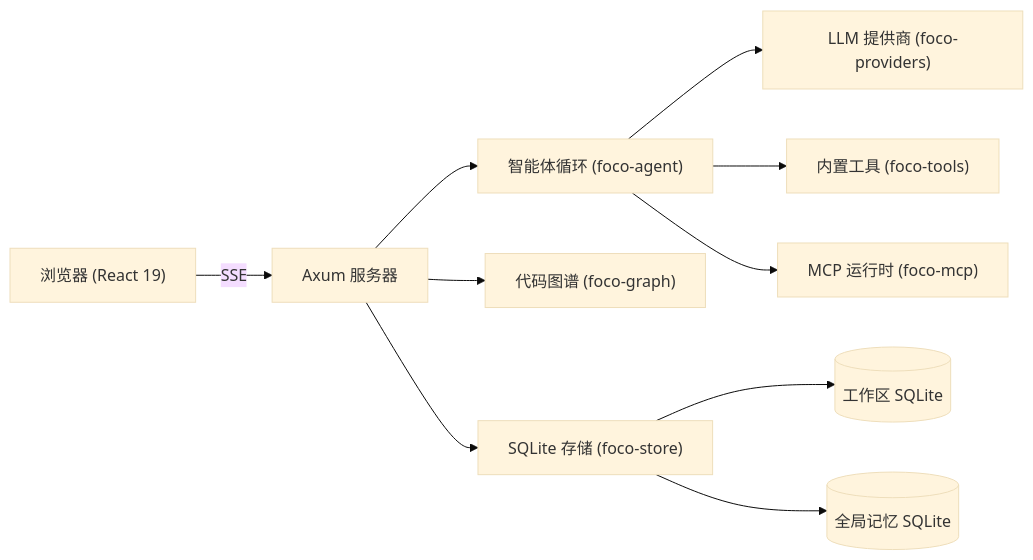
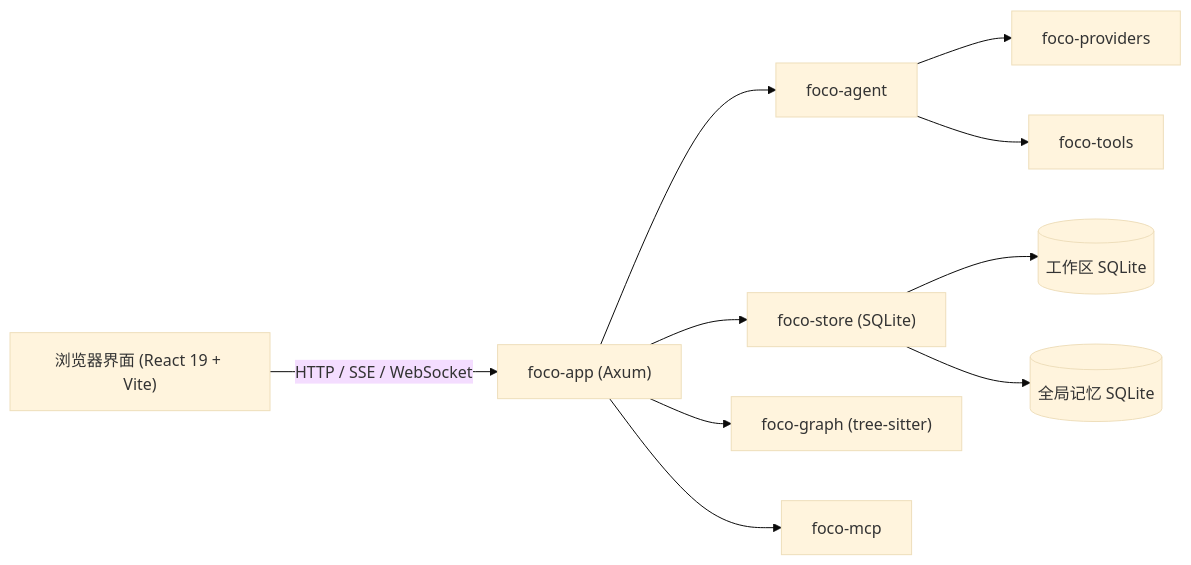
The diagram in README.zh-CN.md (fonlan/foco), drawn with Mermaid (base theme) before and after one commit. The commit also changed other lines of this file and 1 other file, not shown here.

````diff
--- a/README.zh-CN.md
+++ b/README.zh-CN.md
@@ -40,12 +37,12 @@
 ```mermaid
 graph LR
-    Browser["浏览器 (React 19)"] -->|SSE| Backend["Axum 服务器"]
-    Backend --> Agent["智能体循环 (foco-agent)"]
-    Agent --> Providers["LLM 提供商 (foco-providers)"]
-    Agent --> Tools["内置工具 (foco-tools)"]
-    Agent --> MCP["MCP 运行时 (foco-mcp)"]
-    Backend --> Graph["代码图谱 (foco-graph)"]
-    Backend --> Store["SQLite 存储 (foco-store)"]
-    Store --> SQLite[("工作区 SQLite")]
-    Store --> MemDB[("全局记忆 SQLite")]
+    Browser["浏览器界面 (React 19 + Vite)"] -->|HTTP / SSE / WebSocket| App["foco-app (Axum)"]
+    App --> Agent["foco-agent"]
+    App --> Store["foco-store (SQLite)"]
+    App --> Graph["foco-graph (tree-sitter)"]
+    App --> MCP["foco-mcp"]
+    Agent --> Providers["foco-providers"]
+    Agent --> Tools["foco-tools"]
+    Store --> WorkspaceDB[("工作区 SQLite")]
+    Store --> MemoryDB[("全局记忆 SQLite")]
 ```
````
